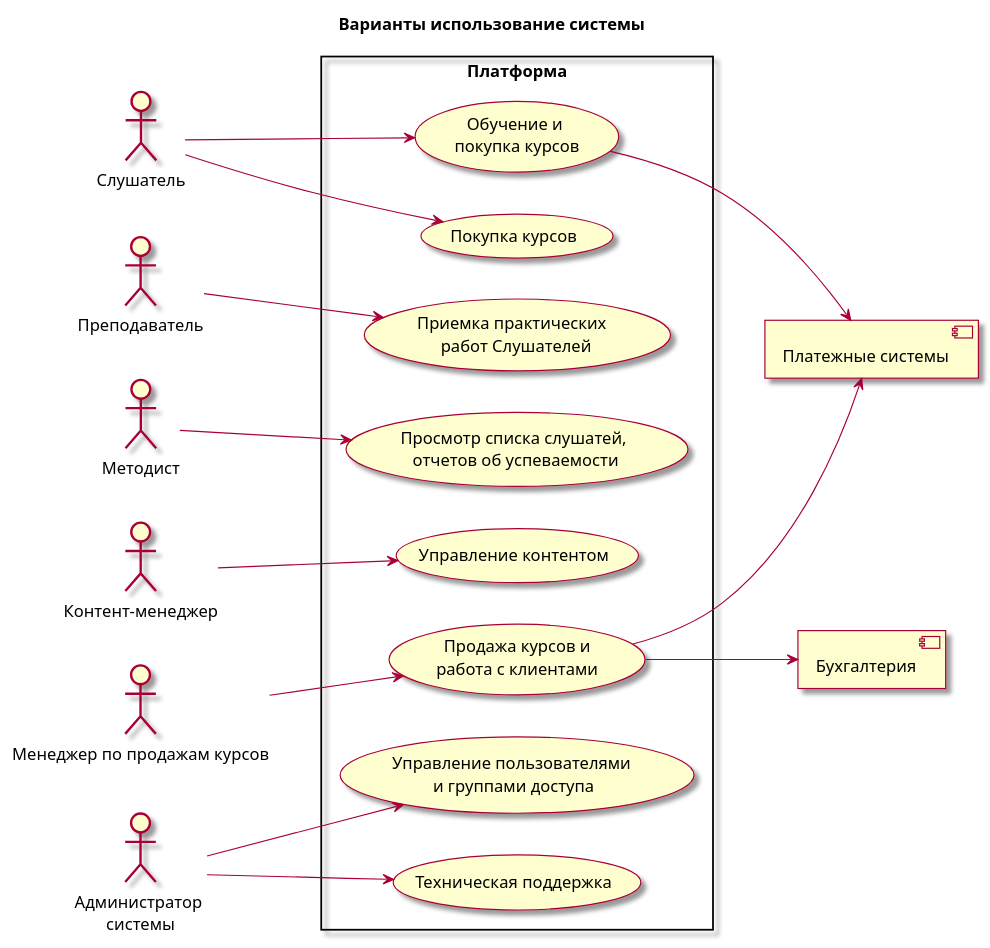
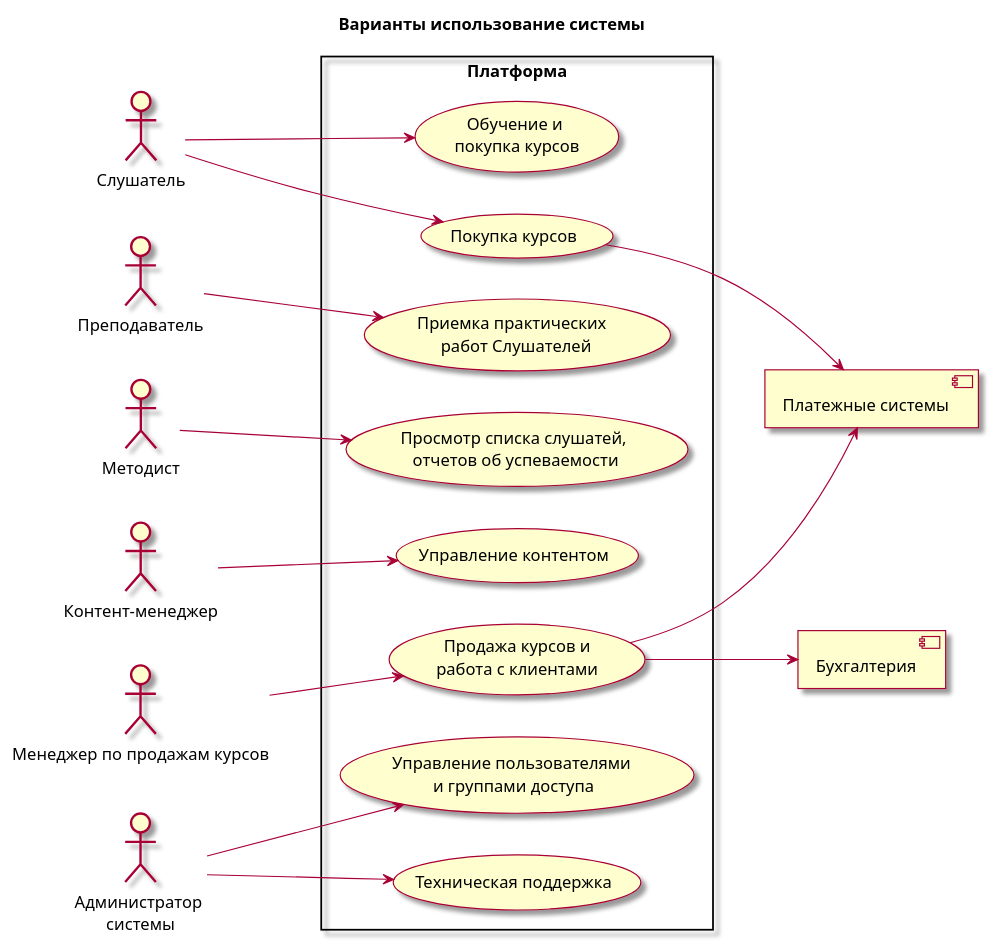
Before and after one commit to PortnovAlex80/node_js_pro: the diagram in api-warehouse/diagrams/mediusecase.iuml, drawn with PlantUML.

```diff
--- a/api-warehouse/diagrams/mediusecase.iuml
+++ b/api-warehouse/diagrams/mediusecase.iuml
@@ -1,46 +1,45 @@
 @startuml
 skin rose
 left to right direction
 
 title Варианты использование системы 
 
 :Слушатель: as STUDENT
 :Преподаватель: as LECTOR
 :Методист: as METOD
 :Контент-менеджер: as CONTMGR
 :Менеджер по продажам курсов: as MGR
 :Администратор \nсистемы: as ADMIN
 
 [Платежные системы] as Payments
 [Бухгалтерия] as Commercia
 
 rectangle  :Платформа: {
 
 usecase (Обучение и \nпокупка курсов) as UC1
 usecase (Покупка курсов) as UC9
 
 usecase (Приемка практических \n работ Слушателей) as UC2
 usecase (Просмотр списка слушатей,\n отчетов об успеваемости) as UC3
 usecase (Управление контентом) as UC4
 usecase (Продажа курсов и\nработа с клиентами) as UC5
 
 usecase (Управление пользователями \nи группами доступа) as UC7
 usecase (Техническая поддержка) as UC8
 }
 
 STUDENT --> UC1
 STUDENT --> UC9
 
 LECTOR --> UC2
 METOD--> UC3
 CONTMGR--> UC4
 MGR --> UC5
 
 UC5 --> Payments
-UC1 --> Payments
+UC9 --> Payments
 UC5 --> Commercia
 
 ADMIN --> UC7
 ADMIN --> UC8
-
 @enduml
```
